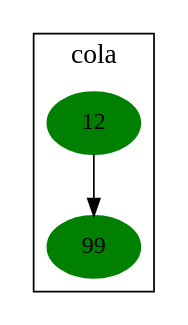
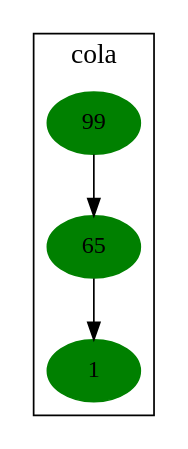
Before and after one commit to jossiebk/Practica2s12017_201313692: the diagram in Estructuras/Reporte/cola.dot, drawn with Graphviz. The commit also changed 14 other files, not shown here.

```diff
--- a/Estructuras/Reporte/cola.dot
+++ b/Estructuras/Reporte/cola.dot
@@ -1,8 +1,9 @@
 digraph Cola{
 	 node[shape=ellipse, color=green,style=filled];
 	 subgraph clusterCola {
 	 label= "cola";
 	 fontsize = 16;
-	12->99
+	99->65
+	65->1
 	 } 
 }
```
